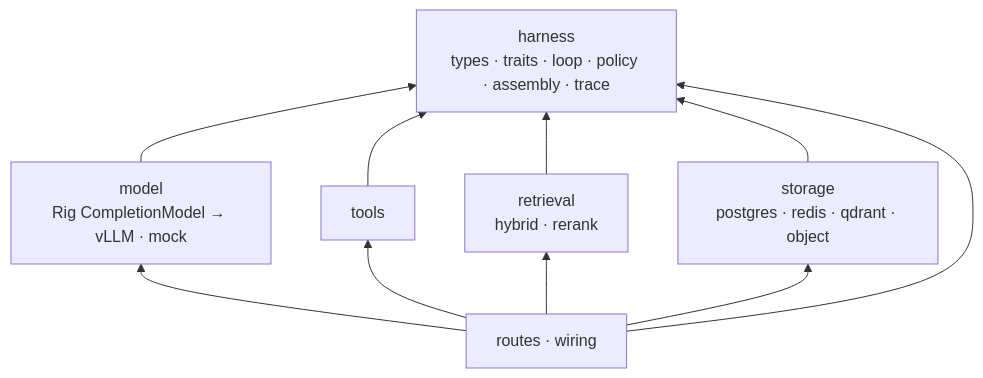
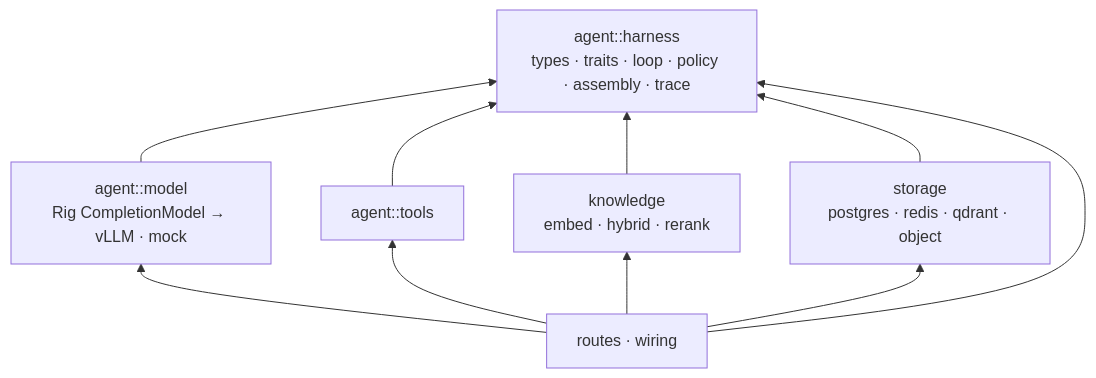
Before and after one commit to ashworks1706/SparkyAI: the second of 9 diagrams in docs/ARCHITECTURE.md, drawn with Mermaid. The commit also changed other lines of this file and 63 other files, not shown here.

First line of the commit message:
apps/api → apps/engine; modules regrouped as agent / knowledge / storage / routes

````diff
--- a/docs/ARCHITECTURE.md
+++ b/docs/ARCHITECTURE.md
@@ -83,9 +81,9 @@
 ```mermaid
 flowchart BT
-    H[harness<br/>types · traits · loop · policy · assembly · trace]
-    M[model<br/>Rig CompletionModel → vLLM · mock] --> H
-    T[tools] --> H
-    R[retrieval<br/>hybrid · rerank] --> H
+    H[agent::harness<br/>types · traits · loop · policy · assembly · trace]
+    M[agent::model<br/>Rig CompletionModel → vLLM · mock] --> H
+    T[agent::tools] --> H
+    K[knowledge<br/>embed · hybrid · rerank] --> H
     S[storage<br/>postgres · redis · qdrant · object] --> H
-    W[routes · wiring] --> M & T & R & S & H
+    W[routes · wiring] --> M & T & K & S & H
 ```
````
